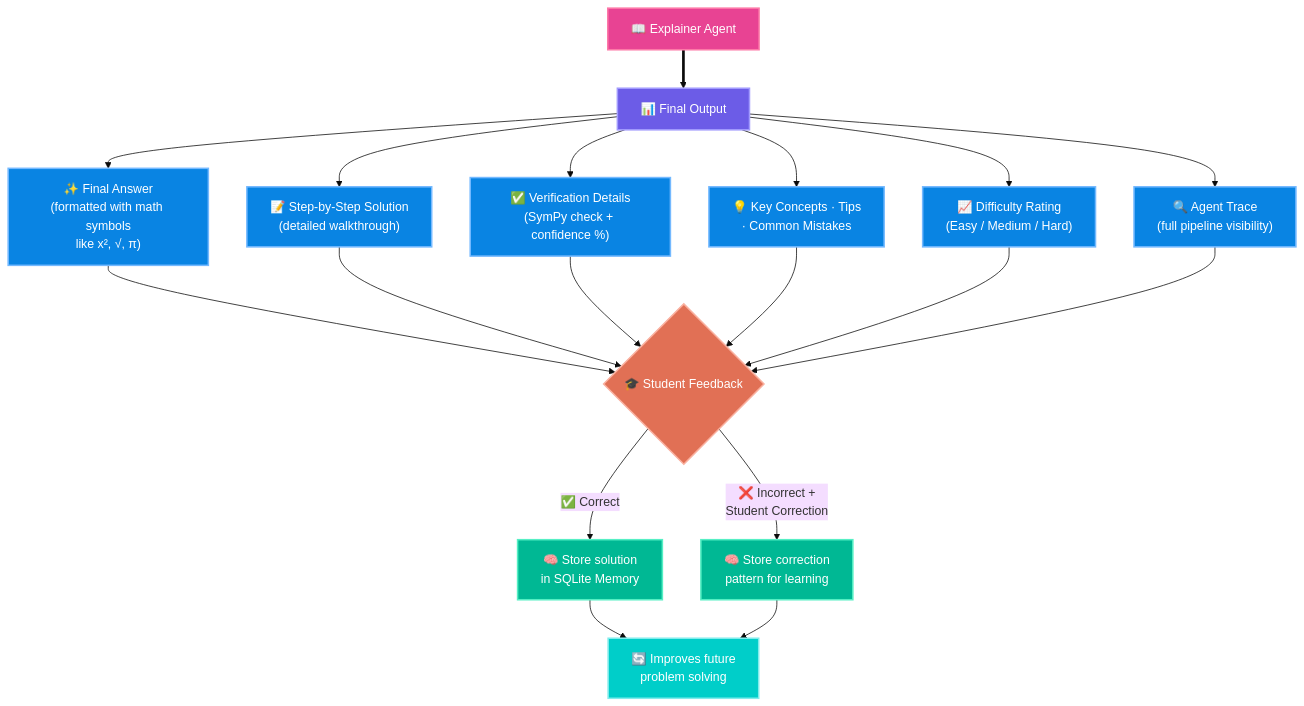
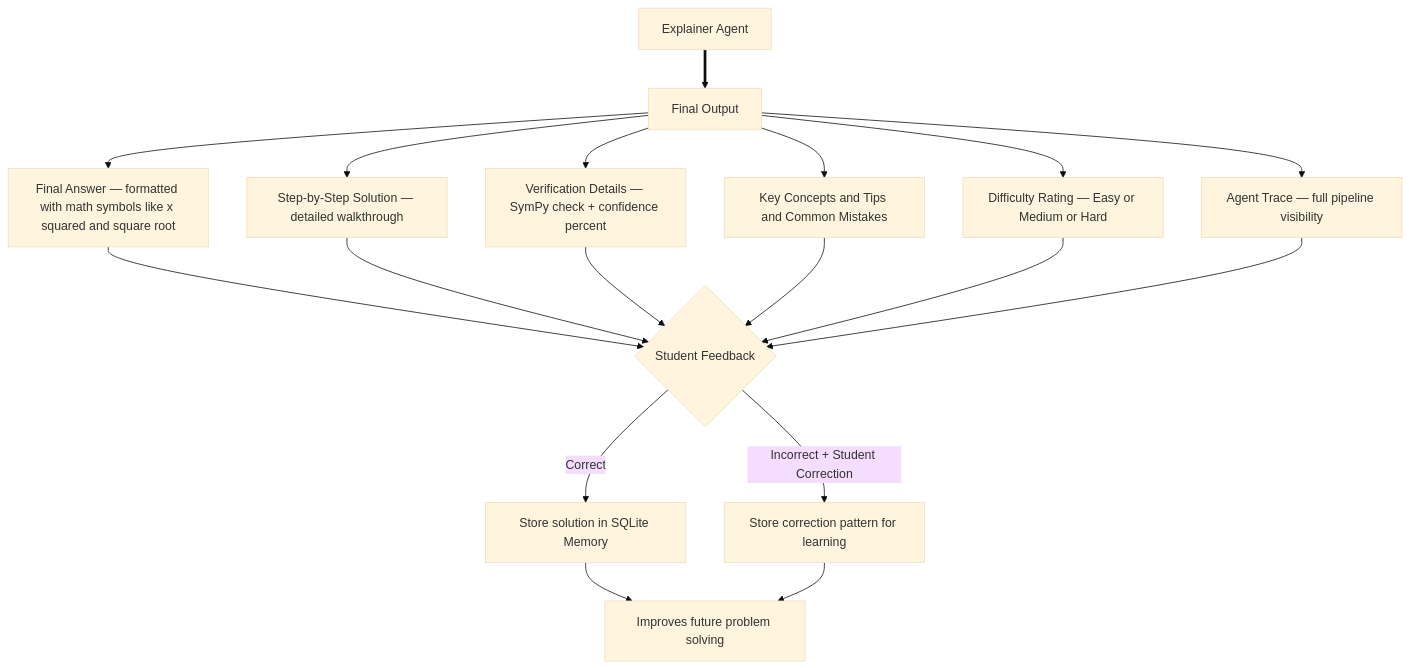
Before and after one commit to SAURABHSALVE/ai-math-tutor-rag-system: the fifth of 5 diagrams in README.md, drawn with Mermaid (base theme). The commit also changed other lines of this file, not shown here.

Commit message:
updated the architecture diagram

````diff
--- a/README.md
+++ b/README.md
@@ -159,37 +117,24 @@
 ```mermaid
 graph TD
-    EXP["📖 Explainer Agent"] ==> OUT["📊 Final Output"]
+    EXP[" Explainer Agent "] ==> OUT[" Final Output "]
 
-    OUT --> A1["✨ Final Answer\n(formatted with math symbols\nlike x², √, π)"]
-    OUT --> A2["📝 Step-by-Step Solution\n(detailed walkthrough)"]
-    OUT --> A3["✅ Verification Details\n(SymPy check + confidence %)"]
-    OUT --> A4["💡 Key Concepts · Tips\n· Common Mistakes"]
-    OUT --> A5["📈 Difficulty Rating\n(Easy / Medium / Hard)"]
-    OUT --> A6["🔍 Agent Trace\n(full pipeline visibility)"]
+    OUT --> A1[" Final Answer — formatted with math symbols like x squared and square root "]
+    OUT --> A2[" Step-by-Step Solution — detailed walkthrough "]
+    OUT --> A3[" Verification Details — SymPy check + confidence percent "]
+    OUT --> A4[" Key Concepts and Tips and Common Mistakes "]
+    OUT --> A5[" Difficulty Rating — Easy or Medium or Hard "]
+    OUT --> A6[" Agent Trace — full pipeline visibility "]
 
-    A1 --> FB{"🎓 Student Feedback"}
+    A1 --> FB{" Student Feedback "}
     A2 --> FB
     A3 --> FB
     A4 --> FB
     A5 --> FB
     A6 --> FB
 
-    FB -->|"✅ Correct"| STORE["🧠 Store solution\nin SQLite Memory"]
-    FB -->|"❌ Incorrect +\nStudent Correction"| LEARN["🧠 Store correction\npattern for learning"]
+    FB -->|" Correct "| STORE[" Store solution in SQLite Memory "]
+    FB -->|" Incorrect + Student Correction "| LEARN[" Store correction pattern for learning "]
 
-    STORE --> LOOP["🔄 Improves future\nproblem solving"]
+    STORE --> LOOP[" Improves future problem solving "]
     LEARN --> LOOP
-
-    style EXP fill:#e84393,stroke:#fd79a8,color:#fff,stroke-width:2px
-    style OUT fill:#6c5ce7,stroke:#a29bfe,color:#fff,stroke-width:2px
-    style A1 fill:#0984e3,stroke:#74b9ff,color:#fff,stroke-width:2px
-    style A2 fill:#0984e3,stroke:#74b9ff,color:#fff,stroke-width:2px
-    style A3 fill:#0984e3,stroke:#74b9ff,color:#fff,stroke-width:2px
-    style A4 fill:#0984e3,stroke:#74b9ff,color:#fff,stroke-width:2px
-    style A5 fill:#0984e3,stroke:#74b9ff,color:#fff,stroke-width:2px
-    style A6 fill:#0984e3,stroke:#74b9ff,color:#fff,stroke-width:2px
-    style FB fill:#e17055,stroke:#fab1a0,color:#fff,stroke-width:2px
-    style STORE fill:#00b894,stroke:#55efc4,color:#fff,stroke-width:2px
-    style LEARN fill:#00b894,stroke:#55efc4,color:#fff,stroke-width:2px
-    style LOOP fill:#00cec9,stroke:#81ecec,color:#fff,stroke-width:2px
 ```
````
